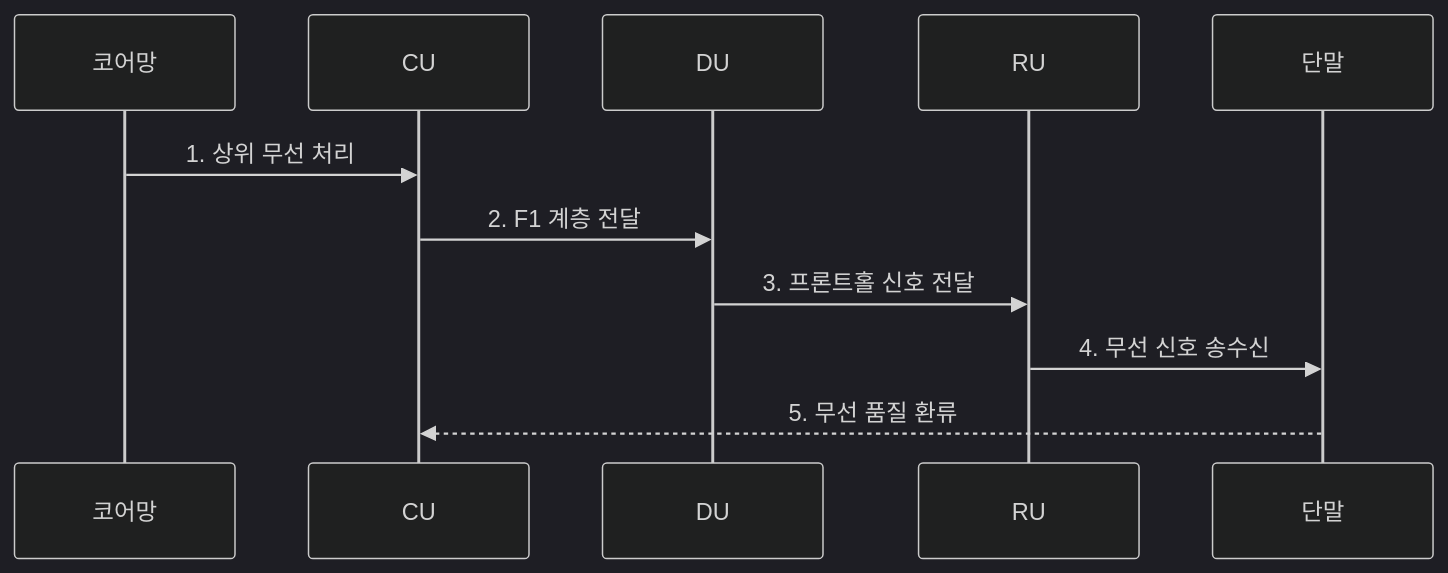
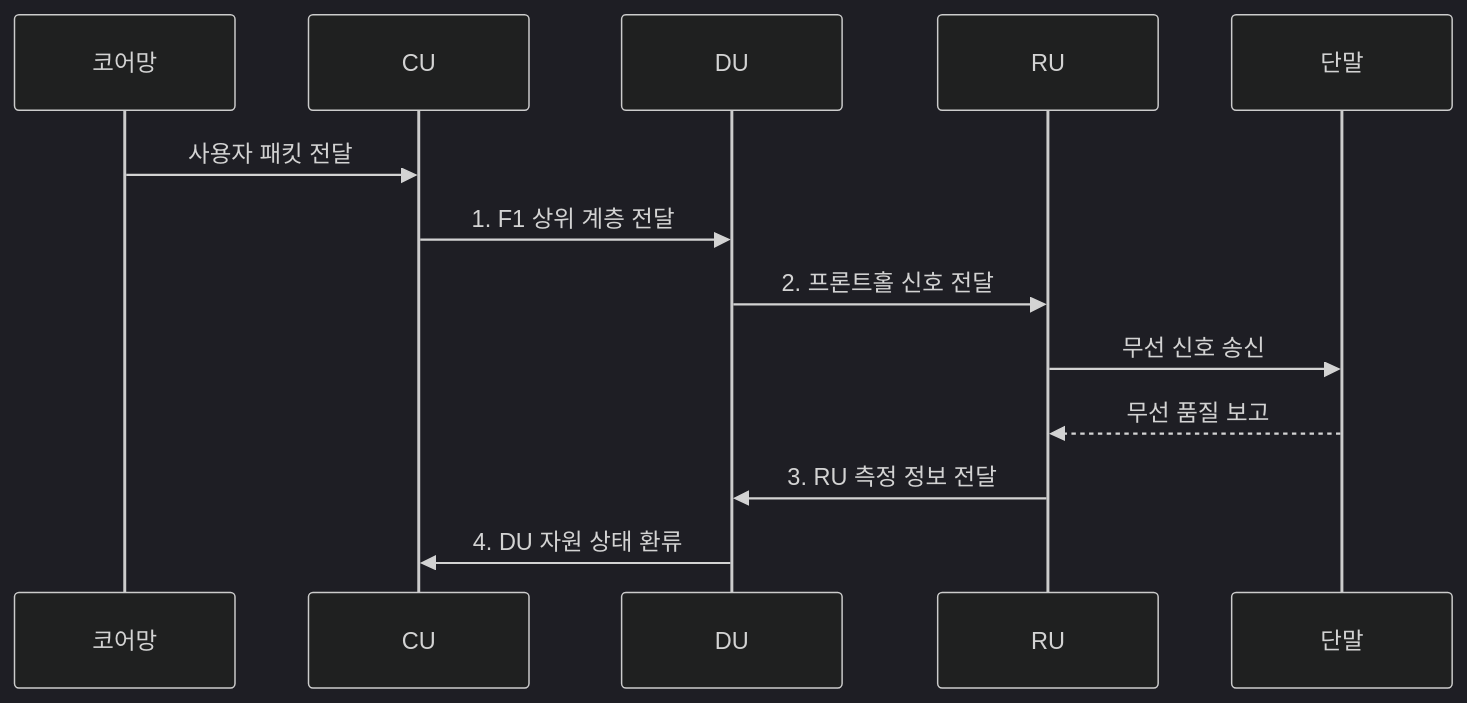
The second of 2 diagrams in src/content/docs/notes/04-network/111_network_function_disaggregation.md (agnusdei1207/knowledge-base), drawn with Mermaid (dark theme) before and after one commit. The commit also changed other lines of this file and 16 other files, not shown here.

````diff
--- a/src/content/docs/notes/04-network/111_network_function_disaggregation.md
+++ b/src/content/docs/notes/04-network/111_network_function_disaggregation.md
@@ -84,13 +84,15 @@
 ```mermaid
 sequenceDiagram
   participant N as 코어망
   participant C as CU
   participant D as DU
   participant R as RU
   participant U as 단말
-  N->>C: 1. 상위 무선 처리
-  C->>D: 2. F1 계층 전달
-  D->>R: 3. 프론트홀 신호 전달
-  R->>U: 4. 무선 신호 송수신
-  U-->>C: 5. 무선 품질 환류
+  N->>C: 사용자 패킷 전달
+  C->>D: 1. F1 상위 계층 전달
+  D->>R: 2. 프론트홀 신호 전달
+  R->>U: 무선 신호 송신
+  U-->>R: 무선 품질 보고
+  R->>D: 3. RU 측정 정보 전달
+  D->>C: 4. DU 자원 상태 환류
 ```
````
